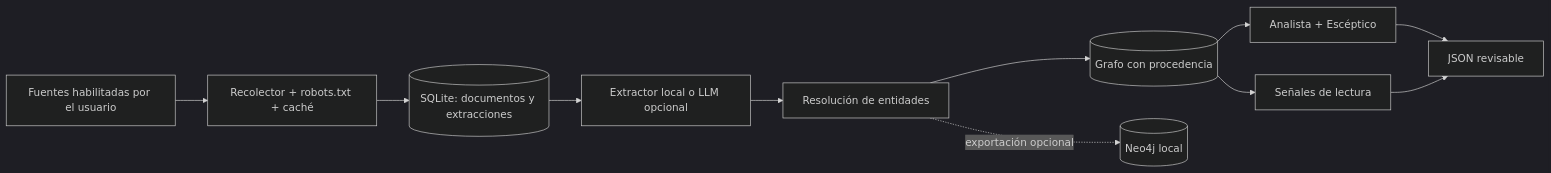
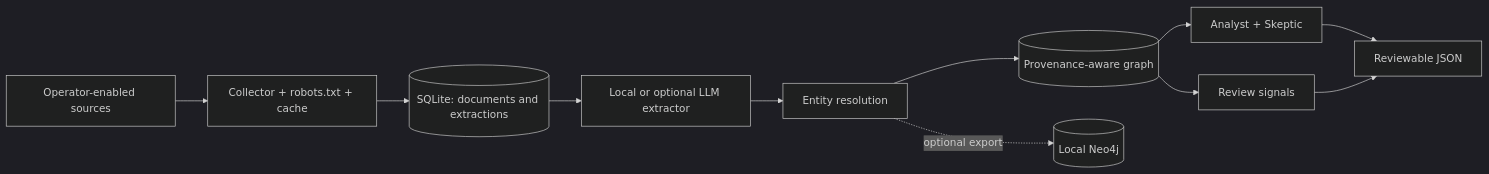
The diagram in README.md (alejandrojlamas/evidence-graph-lab), drawn with Mermaid (dark theme) before and after one commit. The commit also changed other lines of this file and 25 other files, not shown here.

First line of the commit message:
Rebrand project as Evidence Graph Lab

````diff
--- a/README.md
+++ b/README.md
@@ -27,13 +29,13 @@
 ```mermaid
 flowchart LR
-    A[Fuentes habilitadas por el usuario] --> B[Recolector + robots.txt + caché]
-    B --> C[(SQLite: documentos y extracciones)]
-    C --> D[Extractor local o LLM opcional]
-    D --> E[Resolución de entidades]
-    E --> F[(Grafo con procedencia)]
-    F --> G[Analista + Escéptico]
-    F --> H[Señales de lectura]
-    G --> I[JSON revisable]
+    A[Operator-enabled sources] --> B[Collector + robots.txt + cache]
+    B --> C[(SQLite: documents and extractions)]
+    C --> D[Local or optional LLM extractor]
+    D --> E[Entity resolution]
+    E --> F[(Provenance-aware graph)]
+    F --> G[Analyst + Skeptic]
+    F --> H[Review signals]
+    G --> I[Reviewable JSON]
     H --> I
-    E -. exportación opcional .-> J[(Neo4j local)]
+    E -. optional export .-> J[(Local Neo4j)]
 ```
````
